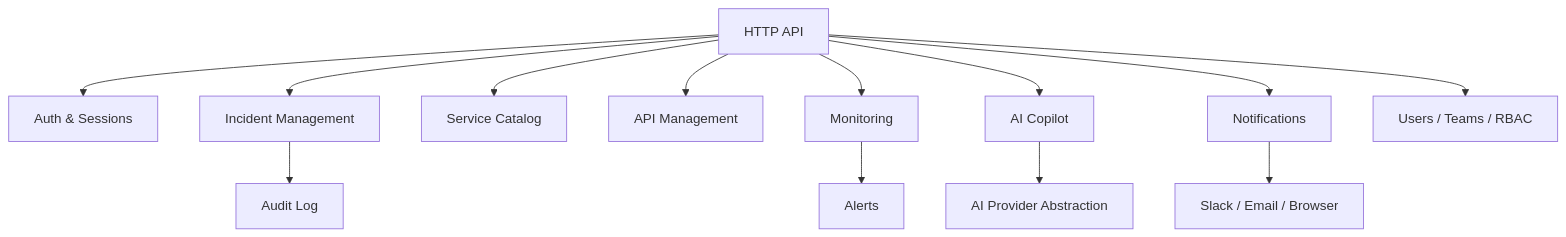
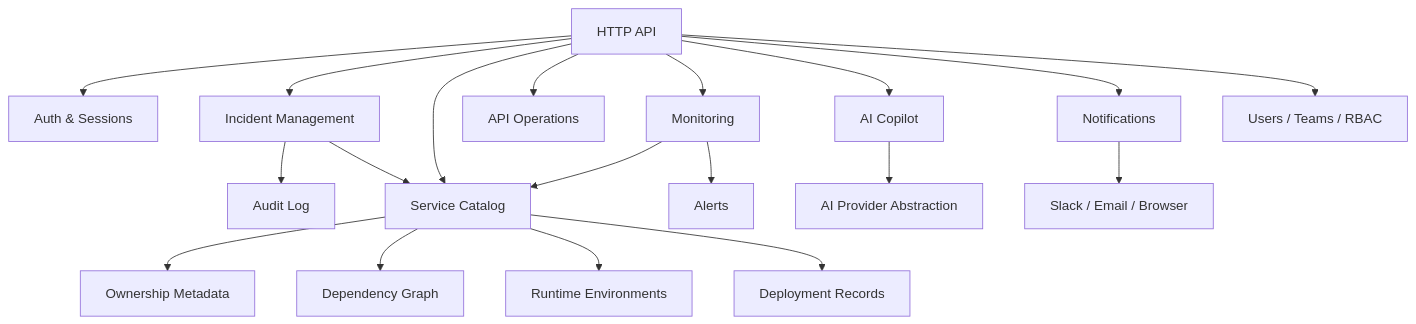
The second of 7 diagrams in docs/architecture/overview.md (Ruchi2117/PlusOps), drawn with Mermaid before and after one commit. The commit also changed other lines of this file and 51 other files, not shown here.

````diff
--- a/docs/architecture/overview.md
+++ b/docs/architecture/overview.md
@@ -24,16 +24,22 @@
 ```mermaid
 flowchart TD
   API["HTTP API"] --> Auth["Auth & Sessions"]
   API --> Incidents["Incident Management"]
   API --> Services["Service Catalog"]
-  API --> ApiOps["API Management"]
+  API --> ApiOps["API Operations"]
   API --> Monitoring["Monitoring"]
   API --> Copilot["AI Copilot"]
   API --> Notifications["Notifications"]
   API --> Users["Users / Teams / RBAC"]
 
+  Services --> Ownership["Ownership Metadata"]
+  Services --> Dependencies["Dependency Graph"]
+  Services --> Environments["Runtime Environments"]
+  Services --> Deployments["Deployment Records"]
   Incidents --> Audit["Audit Log"]
+  Incidents --> Services
+  Monitoring --> Services
   Monitoring --> Alerts["Alerts"]
   Copilot --> ProviderAbstraction["AI Provider Abstraction"]
   Notifications --> SlackEmail["Slack / Email / Browser"]
 ```
````
